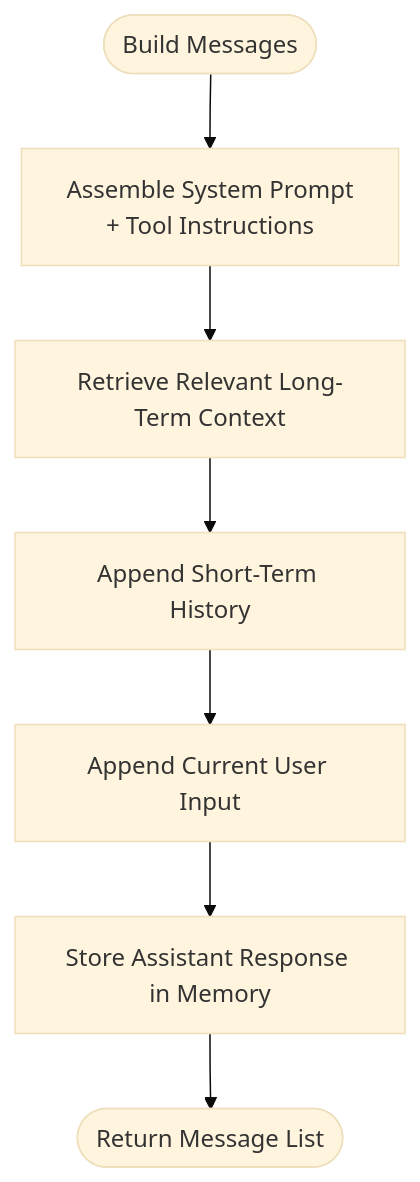
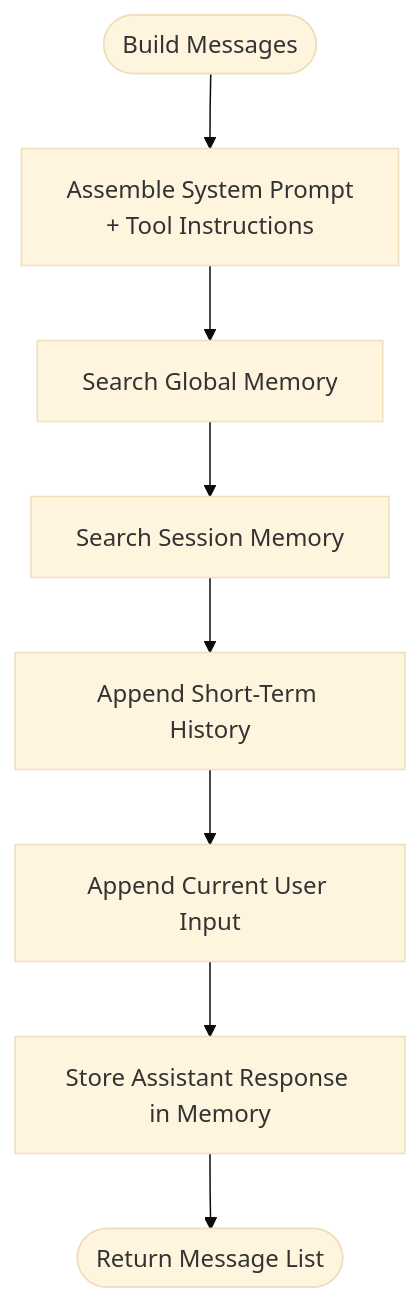
One commit to 1996Paul-Wen/HarnessAIDemo changed the fourth of 7 diagrams in .qoder/repowiki/en/content/Advanced Features/Session Management.md. Above: the diagram before and after it, drawn with Mermaid (base theme). The commit also changed other lines of this file and 4 other files, not shown here.

````diff
--- a/.qoder/repowiki/en/content/Advanced Features/Session Management.md
+++ b/.qoder/repowiki/en/content/Advanced Features/Session Management.md
@@ -206,9 +237,10 @@
 ```mermaid
 flowchart TD
 Start(["Build Messages"]) --> Sys["Assemble System Prompt<br/>+ Tool Instructions"]
-Sys --> MemCtx["Retrieve Relevant Long-Term Context"]
-MemCtx --> History["Append Short-Term History"]
+Sys --> GlobalMem["Search Global Memory"]
+GlobalMem --> SessionMem["Search Session Memory"]
+SessionMem --> History["Append Short-Term History"]
 History --> Input["Append Current User Input"]
 Input --> Store["Store Assistant Response in Memory"]
 Store --> End(["Return Message List"])
 ```
````
